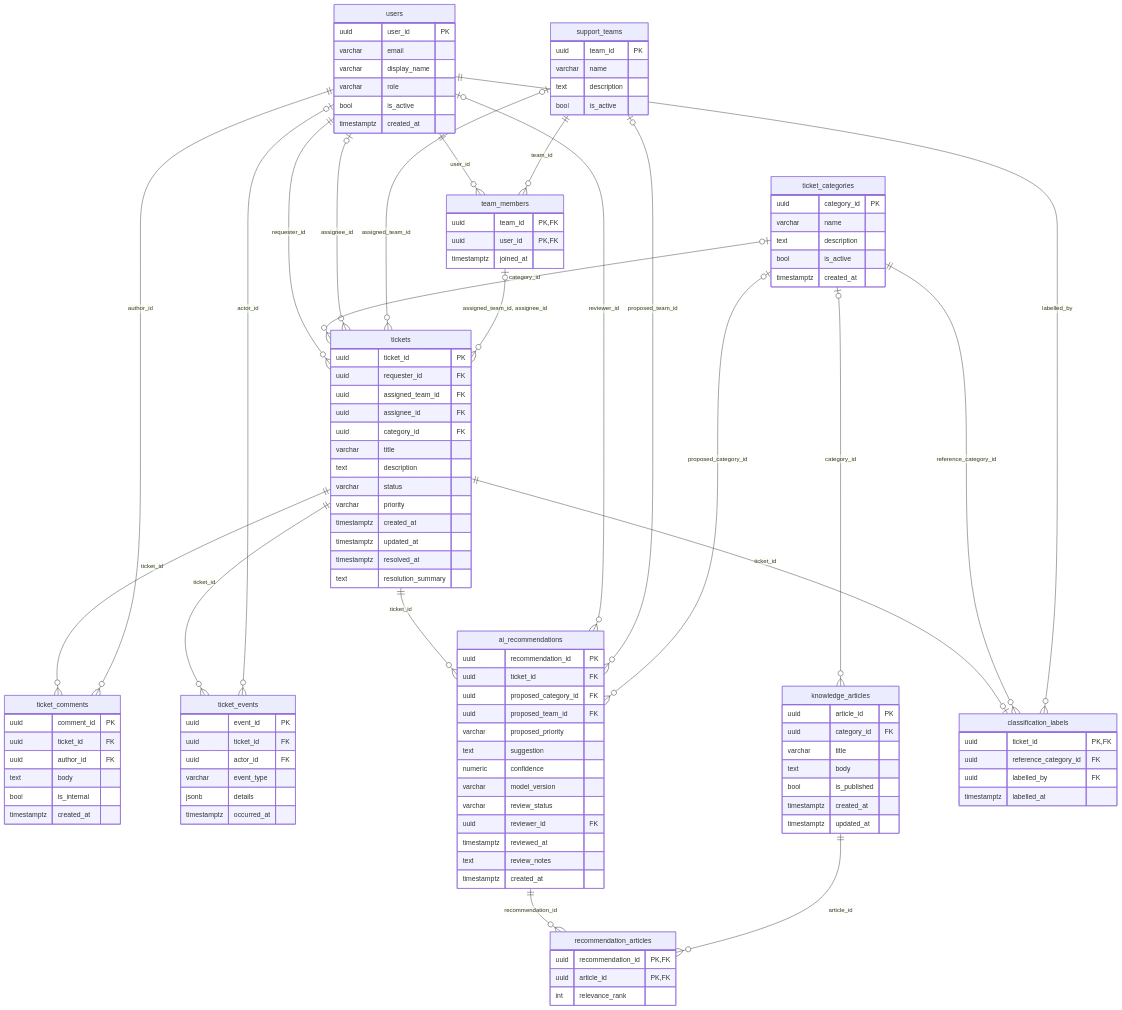
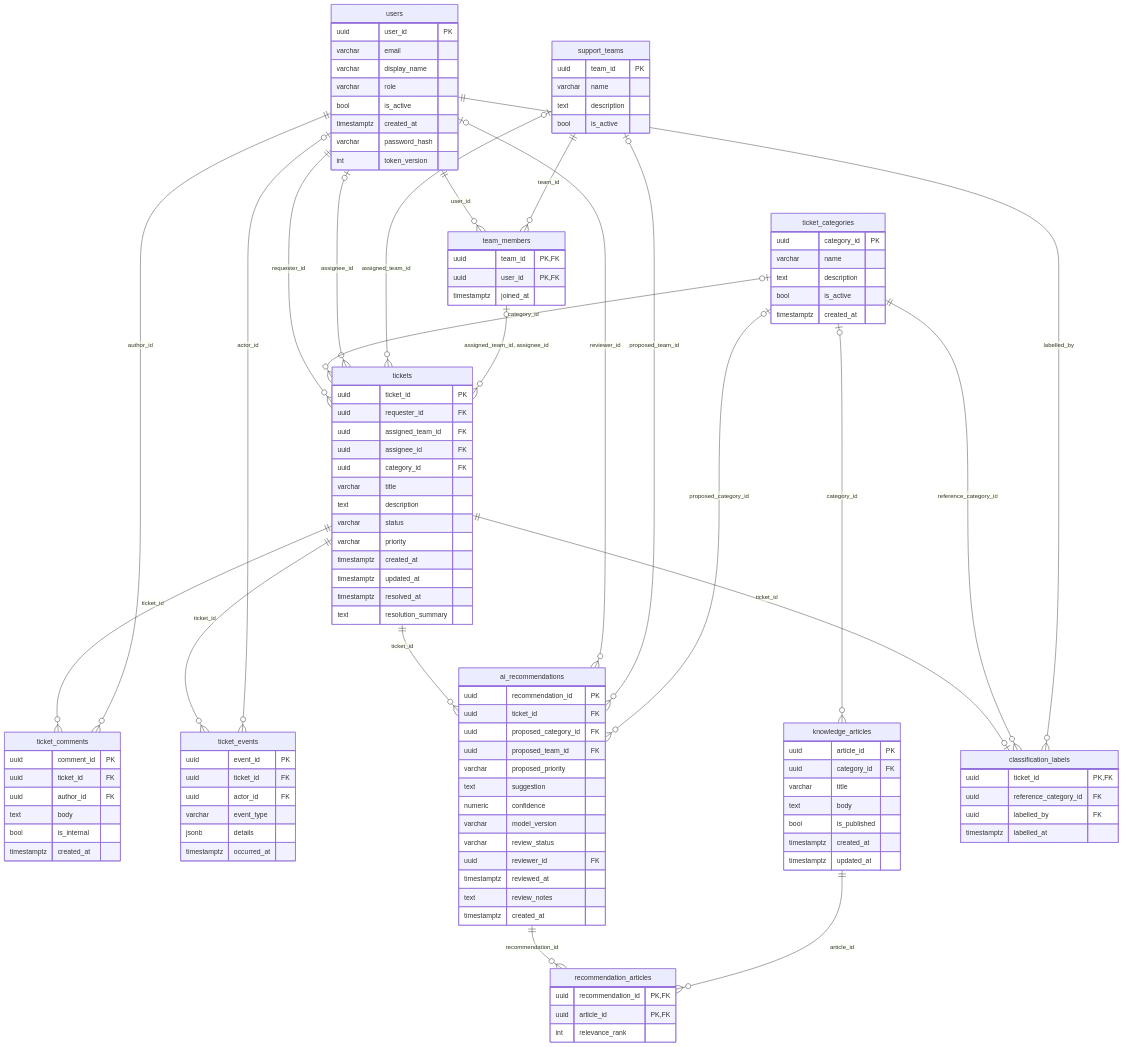
Before and after one commit to thomastran117/IT-Support-System: the diagram in docs/database/erd.md, drawn with Mermaid. The commit also changed 16 other files, not shown here.

Commit message:
[SD-013] Account credentials schema for stateless JWT auth (#25) (#88)

```diff
--- a/docs/database/erd.md
+++ b/docs/database/erd.md
@@ -14,6 +14,8 @@
     varchar role
     bool is_active
     timestamptz created_at
+    varchar password_hash
+    int token_version
   }
   support_teams {
     uuid team_id PK
```
